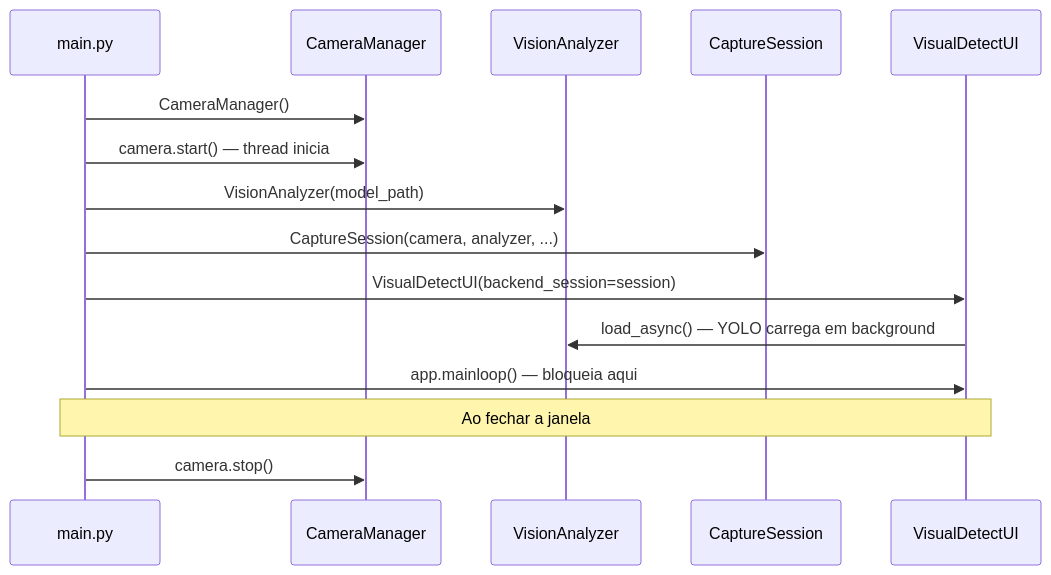
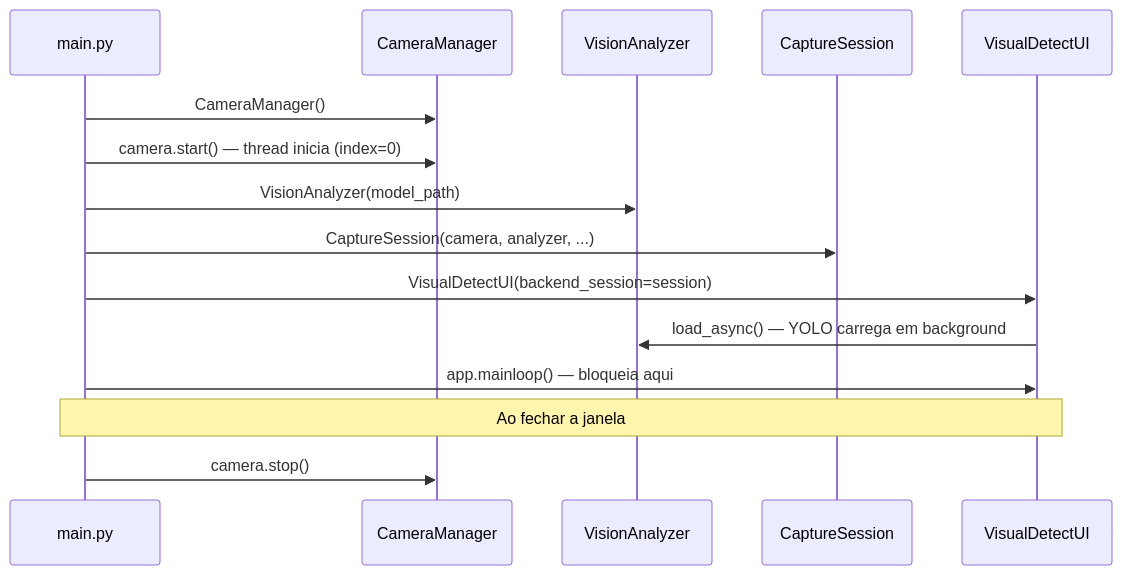
Before and after one commit to MYuri-beck/visual-detect: the second of 10 diagrams in docs/dev/MANUAL_TECNICO.md, drawn with Mermaid. The commit also changed other lines of this file and 2 other files, not shown here.

````diff
--- a/docs/dev/MANUAL_TECNICO.md
+++ b/docs/dev/MANUAL_TECNICO.md
@@ -132,18 +140,18 @@
 ```mermaid
 sequenceDiagram
     participant M as main.py
     participant Cam as CameraManager
     participant Ana as VisionAnalyzer
     participant Ses as CaptureSession
     participant UI as VisualDetectUI
 
     M->>Cam: CameraManager()
-    M->>Cam: camera.start() — thread inicia
+    M->>Cam: camera.start() — thread inicia (index=0)
     M->>Ana: VisionAnalyzer(model_path)
     M->>Ses: CaptureSession(camera, analyzer, ...)
     M->>UI: VisualDetectUI(backend_session=session)
     UI->>Ana: load_async() — YOLO carrega em background
     M->>UI: app.mainloop() — bloqueia aqui
     Note over M,UI: Ao fechar a janela
     M->>Cam: camera.stop()
 ```
````
